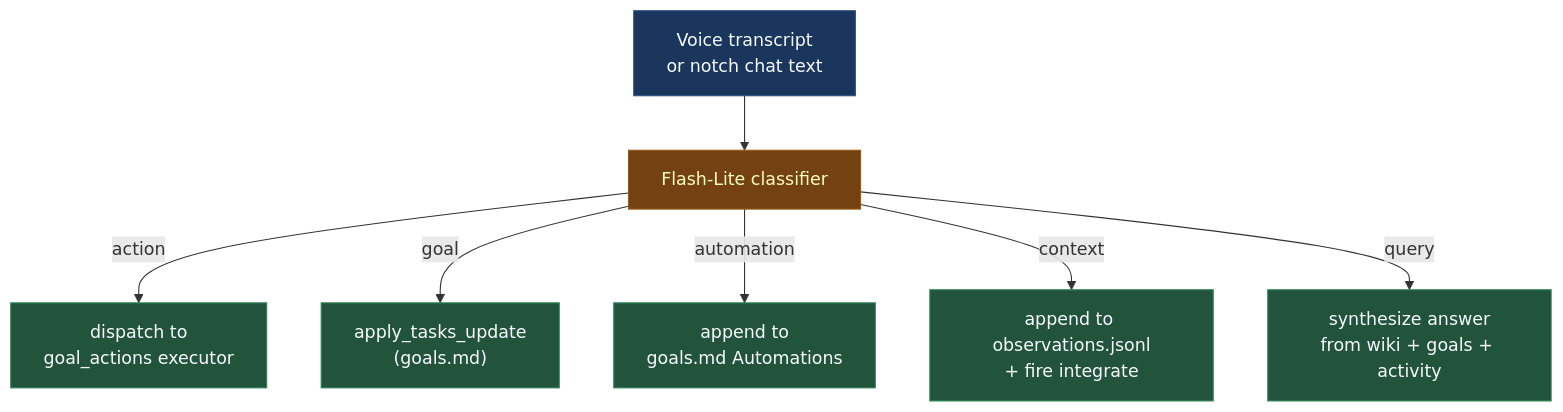
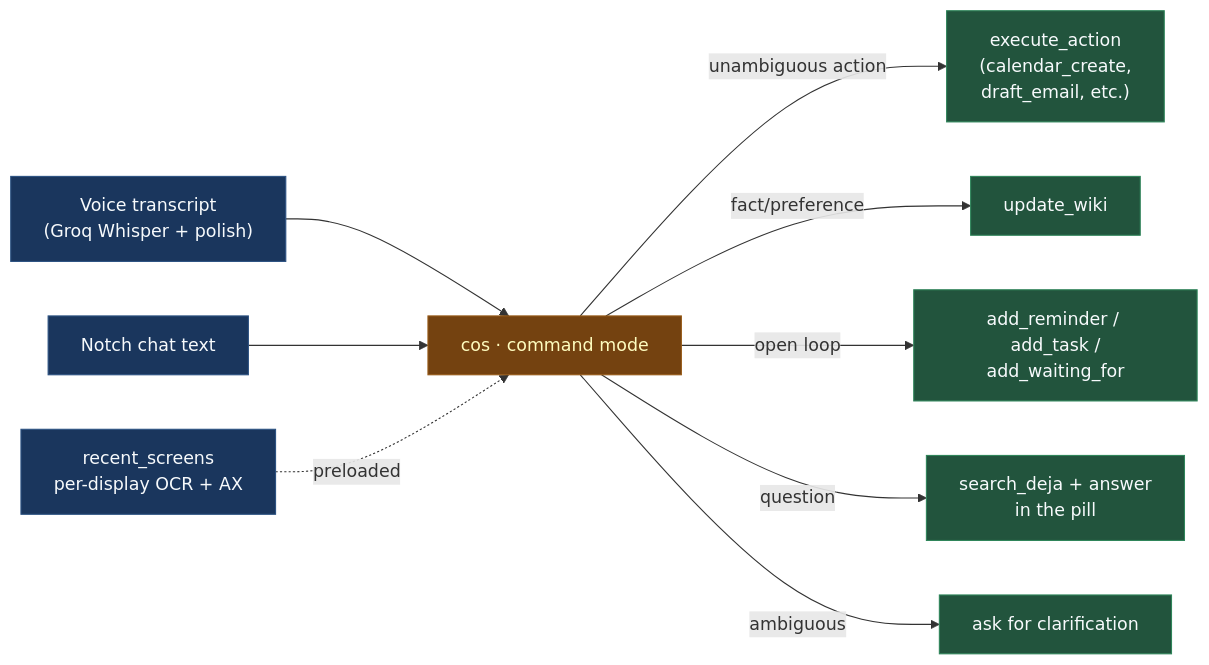
The third of 3 diagrams in docs-site/docs/signals.md (dwurtz/lighthouse), drawn with Mermaid before and after one commit. The commit also changed other lines of this file and 5 other files, not shown here.

First line of the commit message:
docs-site: scrub Gemini/Flash-Lite from teaching narrative; integrate is Claude Vision

````diff
--- a/docs-site/docs/signals.md
+++ b/docs-site/docs/signals.md
@@ -162,17 +148,19 @@
 ```mermaid
-flowchart TB
-    Input["Voice transcript<br/>or notch chat text"] --> Classify[Flash-Lite classifier]
+flowchart LR
+    Voice["Voice transcript<br/>(Groq Whisper + polish)"] --> Cos[cos · command mode]
+    Chat["Notch chat text"] --> Cos
+    Screens["recent_screens<br/>per-display OCR + AX"] -.preloaded.-> Cos
 
-    Classify -->|action| A["dispatch to<br/>goal_actions executor"]
-    Classify -->|goal| G["apply_tasks_update<br/>(goals.md)"]
-    Classify -->|automation| Auto["append to<br/>goals.md Automations"]
-    Classify -->|context| Ctx["append to observations.jsonl<br/>+ fire integrate"]
-    Classify -->|query| Q["synthesize answer<br/>from wiki + goals + activity"]
+    Cos -->|unambiguous action| A["execute_action<br/>(calendar_create,<br/>draft_email, etc.)"]
+    Cos -->|fact/preference| W["update_wiki"]
+    Cos -->|open loop| R["add_reminder / add_task /<br/>add_waiting_for"]
+    Cos -->|question| Q["search_deja + answer<br/>in the pill"]
+    Cos -->|ambiguous| Clarify[ask for clarification]
 
     classDef in fill:#1a365d,stroke:#2c5282,color:#f7fafc
-    classDef cl fill:#744210,stroke:#975a16,color:#fefcbf
-    classDef dis fill:#22543d,stroke:#2f855a,color:#f7fafc
-    class Input in
-    class Classify cl
-    class A,G,Auto,Ctx,Q dis
+    classDef cos fill:#744210,stroke:#975a16,color:#fefcbf
+    classDef out fill:#22543d,stroke:#2f855a,color:#f7fafc
+    class Voice,Chat,Screens in
+    class Cos cos
+    class A,W,R,Q,Clarify out
 ```
````
